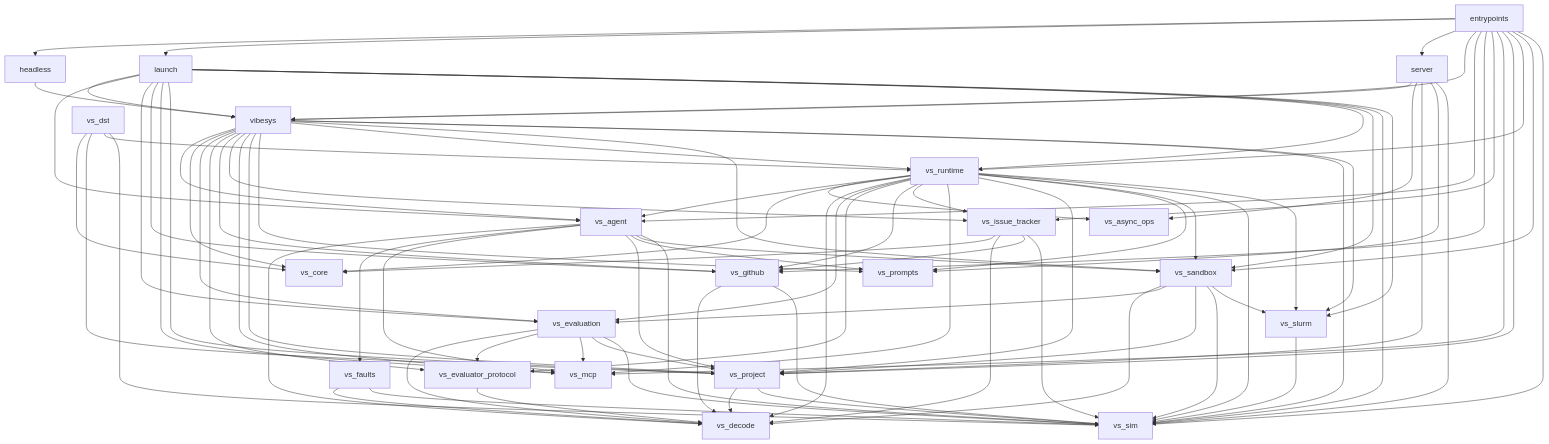
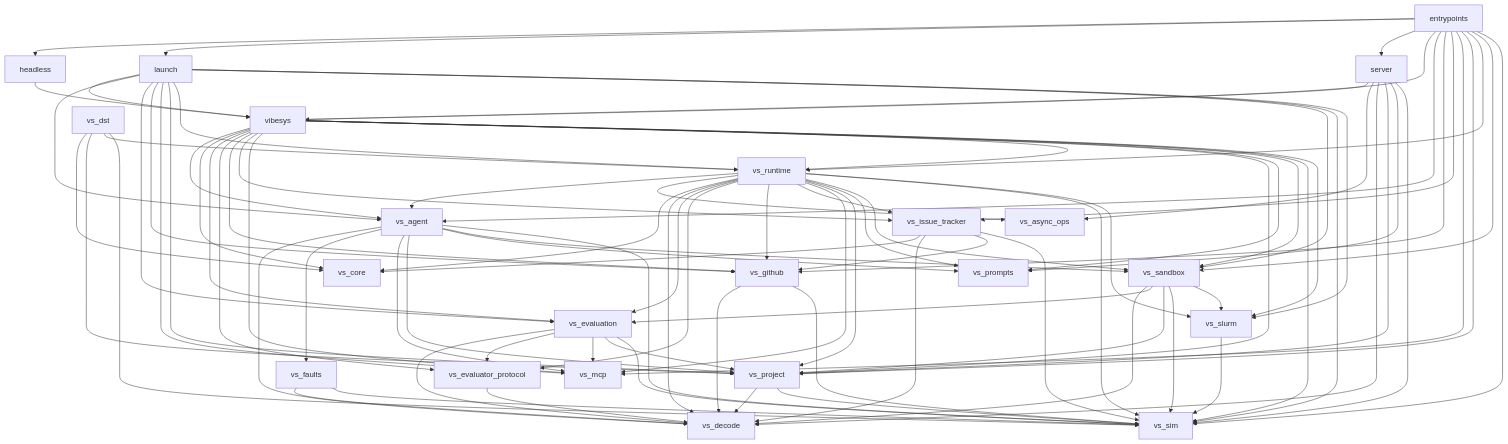
One commit to 6Mikao9/vibesys changed the diagram in docs/contributing/architecture.md. Above: the diagram before and after it, drawn with Mermaid. The commit also changed 14 other files, not shown here.

Commit message:
fix(server): decode client frames, helper lines and instance records through vs_decode (#2568)

```diff
--- a/docs/contributing/architecture.md
+++ b/docs/contributing/architecture.md
@@ -152,6 +152,7 @@
     launch --> vs_slurm
     server --> vibesys
     server --> vs_async_ops
+    server --> vs_decode
     server --> vs_project
     server --> vs_prompts
     server --> vs_sim
```
